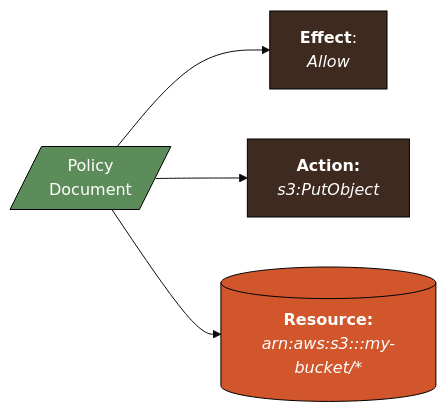
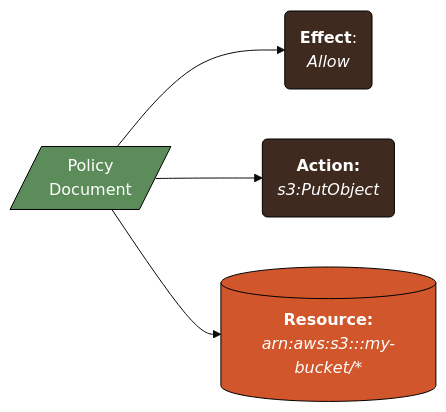
The third of 8 diagrams in start-aws.qmd (mjfrigaard/do4ds-labs), drawn with Mermaid before and after one commit. The commit also changed other lines of this file and 69 other files, not shown here.

Commit message:
style review fixes; mermaid look; lab07 model scripts and workflow deps

````diff
--- a/start-aws.qmd
+++ b/start-aws.qmd
@@ -167,17 +167,17 @@
 ```{mermaid}
 %%| fig-cap: ‘Policy effects, actions, and resources’
 %%| fig-width: 7.0
 %%| fig-align: 'center'
-%%{init: {'theme': 'base', 'themeVariables': {'fontFamily': 'monospace'}}}%%
+%%{init: {'theme': 'base', 'look': 'classic', 'themeVariables': {'fontFamily': 'monospace'}}}%%
 
 graph LR
-    Policy[/"Policy<br>Document"/] --> Effect["<strong>Effect</strong>:<br><em>Allow</em>"]
-    Policy --> Action["<strong>Action:</strong><br><em>s3:PutObject</em>"]
+    Policy[/"Policy<br>Document"/] --> Effect("<strong>Effect</strong>:<br><em>Allow</em>")
+    Policy --> Action("<strong>Action:</strong><br><em>s3:PutObject</em>")
     Policy --> Resource[("<strong>Resource:</strong><br><em>arn:aws:s3:::my-bucket/*</em>")]
     
     style Policy fill:#5B8C5A,stroke:#000000,stroke-width:1px,color:#ffffff
     style Effect fill:#3E2A1E,stroke:#000000,stroke-width:1px,color:#ffffff
     style Action fill:#3E2A1E,stroke:#000000,stroke-width:1px,color:#ffffff
     style Resource fill:#D2562B,stroke:#000000,stroke-width:1px,color:#ffffff
     
 ```
````
